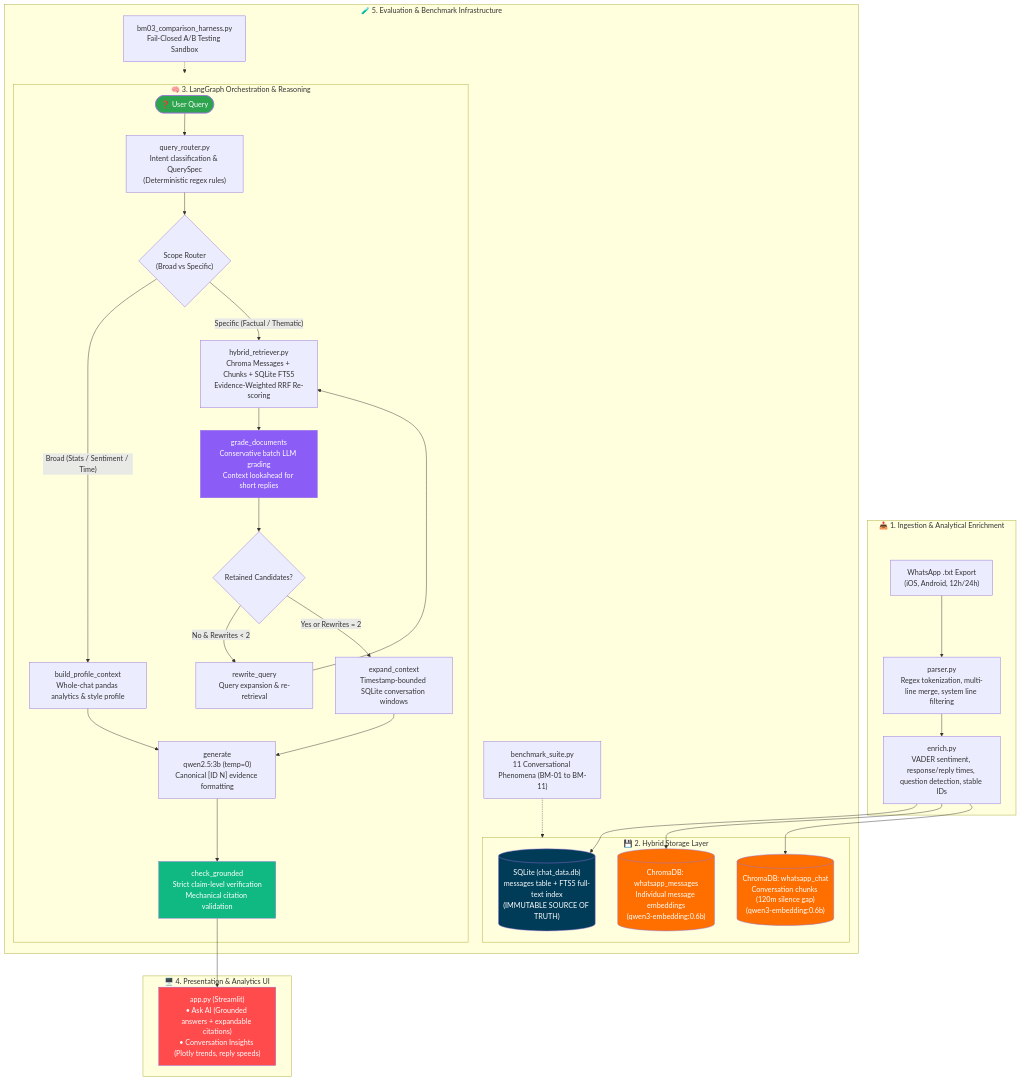
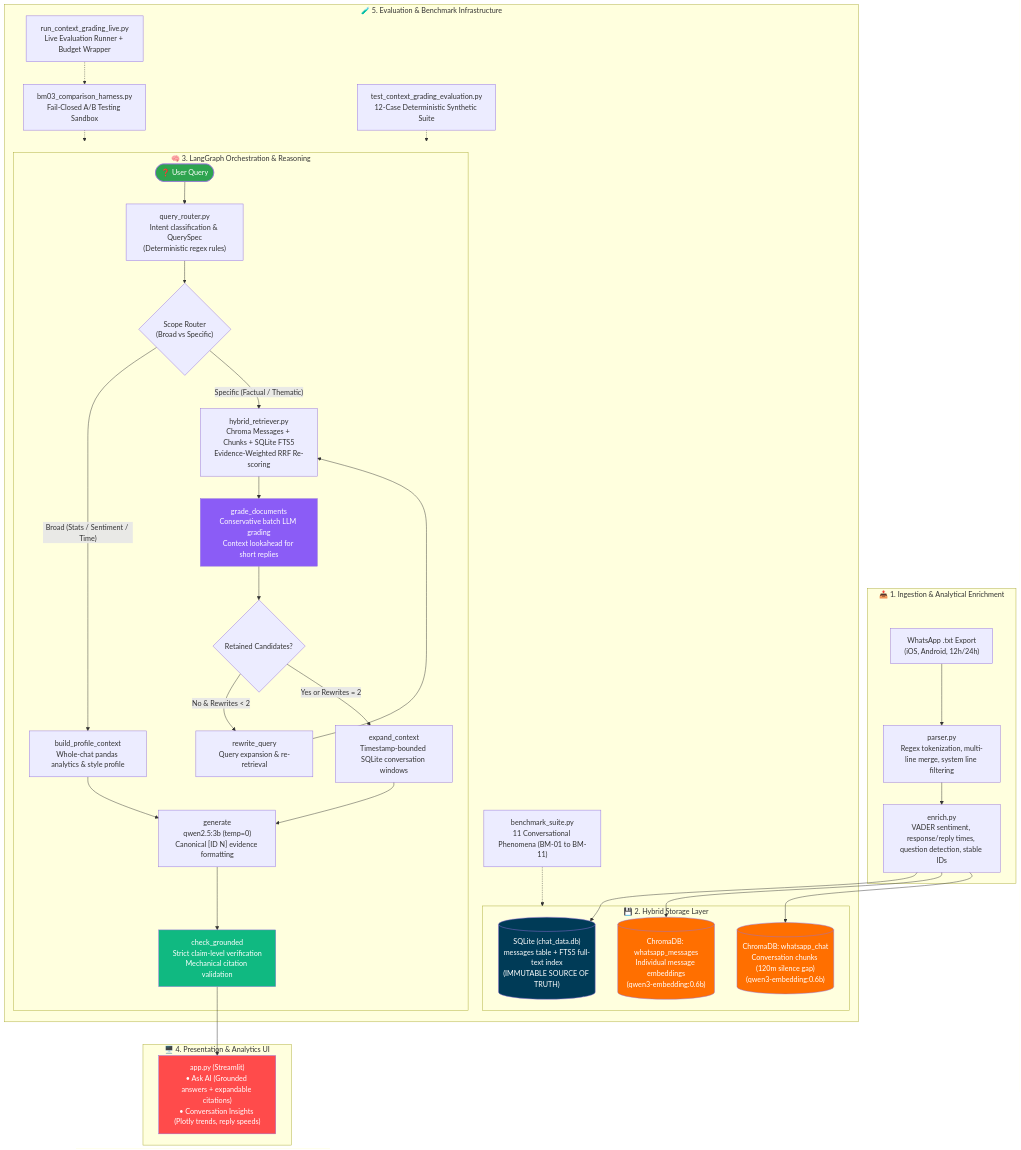
Before and after one commit to vVIBHORj/chatlens_v2: the first of 11 diagrams in README.md, drawn with Mermaid. The commit also changed other lines of this file and 6 other files, not shown here.

Commit message:
feat: add 12-case context grading suite, live runner with runtime budget enforcement, and architecture documentation

````diff
--- a/README.md
+++ b/README.md
@@ -69,52 +70,56 @@
 ```mermaid
 flowchart TB
     subgraph INGESTION["📥 1. Ingestion & Analytical Enrichment"]
         RAW["WhatsApp .txt Export<br/>(iOS, Android, 12h/24h)"] --> PARSE["parser.py<br/>Regex tokenization, multi-line merge, system line filtering"]
         PARSE --> ENRICH["enrich.py<br/>VADER sentiment, response/reply times, question detection, stable IDs"]
     end
 
     subgraph STORAGE["💾 2. Hybrid Storage Layer"]
         ENRICH --> SQLITE[("SQLite (chat_data.db)<br/>messages table + FTS5 full-text index<br/>(IMMUTABLE SOURCE OF TRUTH)")]
         ENRICH --> CHROMA_MSG[("ChromaDB: whatsapp_messages<br/>Individual message embeddings<br/>(qwen3-embedding:0.6b)")]
         ENRICH --> CHROMA_CHUNK[("ChromaDB: whatsapp_chat<br/>Conversation chunks (120m silence gap)<br/>(qwen3-embedding:0.6b)")]
     end
 
     subgraph REASONING["🧠 3. LangGraph Orchestration & Reasoning"]
         USER_Q(["❓ User Query"]) --> ROUTER["query_router.py<br/>Intent classification & QuerySpec<br/>(Deterministic regex rules)"]
         ROUTER --> SCOPE{"Scope Router<br/>(Broad vs Specific)"}
 
         SCOPE -- "Broad (Stats / Sentiment / Time)" --> PROFILE["build_profile_context<br/>Whole-chat pandas analytics & style profile"]
         SCOPE -- "Specific (Factual / Thematic)" --> RETRIEVE["hybrid_retriever.py<br/>Chroma Messages + Chunks + SQLite FTS5<br/>Evidence-Weighted RRF Re-scoring"]
 
         RETRIEVE --> GRADER["grade_documents<br/>Conservative batch LLM grading<br/>Context lookahead for short replies"]
         GRADER --> CHECK_DOCS{"Retained Candidates?"}
 
         CHECK_DOCS -- "No & Rewrites &lt; 2" --> REWRITE["rewrite_query<br/>Query expansion & re-retrieval"]
         REWRITE --> RETRIEVE
         CHECK_DOCS -- "Yes or Rewrites = 2" --> EXPAND["expand_context<br/>Timestamp-bounded SQLite conversation windows"]
 
         PROFILE --> GENERATE["generate<br/>qwen2.5:3b (temp=0)<br/>Canonical [ID N] evidence formatting"]
         EXPAND --> GENERATE
 
         GENERATE --> GROUND["check_grounded<br/>Strict claim-level verification<br/>Mechanical citation validation"]
     end
 
     subgraph PRESENTATION["🖥️ 4. Presentation & Analytics UI"]
         GROUND --> UI["app.py (Streamlit)<br/>• Ask AI (Grounded answers + expandable citations)<br/>• Conversation Insights (Plotly trends, reply speeds)"]
     end
 
     subgraph BENCHMARK["🧪 5. Evaluation & Benchmark Infrastructure"]
         BENCH_SUITE["benchmark_suite.py<br/>11 Conversational Phenomena (BM-01 to BM-11)"]
         HARNESS["bm03_comparison_harness.py<br/>Fail-Closed A/B Testing Sandbox"]
+        EVAL_12["test_context_grading_evaluation.py<br/>12-Case Deterministic Synthetic Suite"]
+        LIVE_RUNNER["run_context_grading_live.py<br/>Live Evaluation Runner + Budget Wrapper"]
         BENCH_SUITE -.-> STORAGE
         HARNESS -.-> REASONING
+        EVAL_12 -.-> REASONING
+        LIVE_RUNNER -.-> HARNESS
     end
 
     style SQLITE fill:#003B57,color:#fff
     style CHROMA_MSG fill:#FF6F00,color:#fff
     style CHROMA_CHUNK fill:#FF6F00,color:#fff
     style USER_Q fill:#2ea44f,color:#fff
     style UI fill:#FF4B4B,color:#fff
     style GRADER fill:#8b5cf6,color:#fff
     style GROUND fill:#10b981,color:#fff
 ```
````
